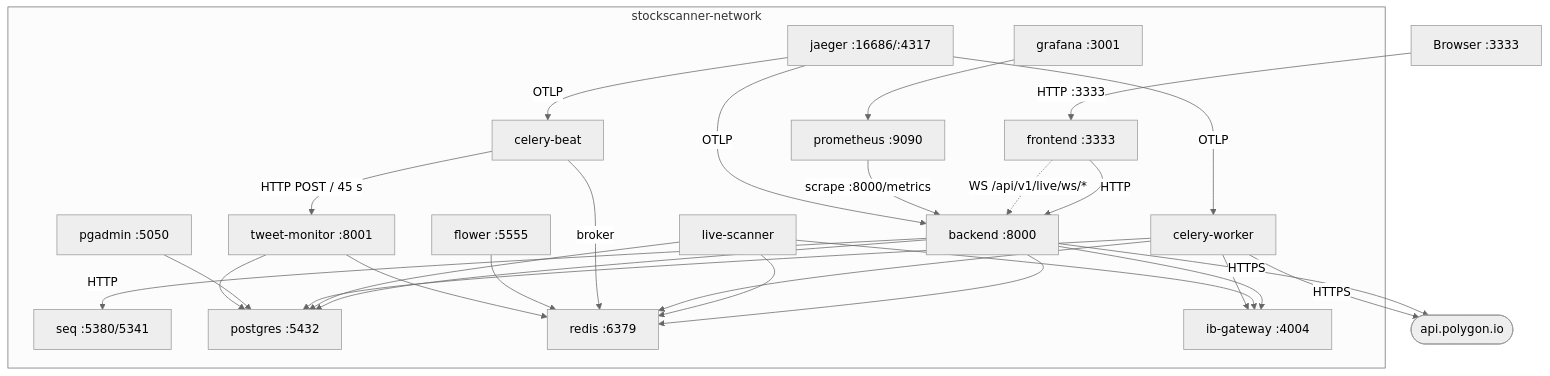
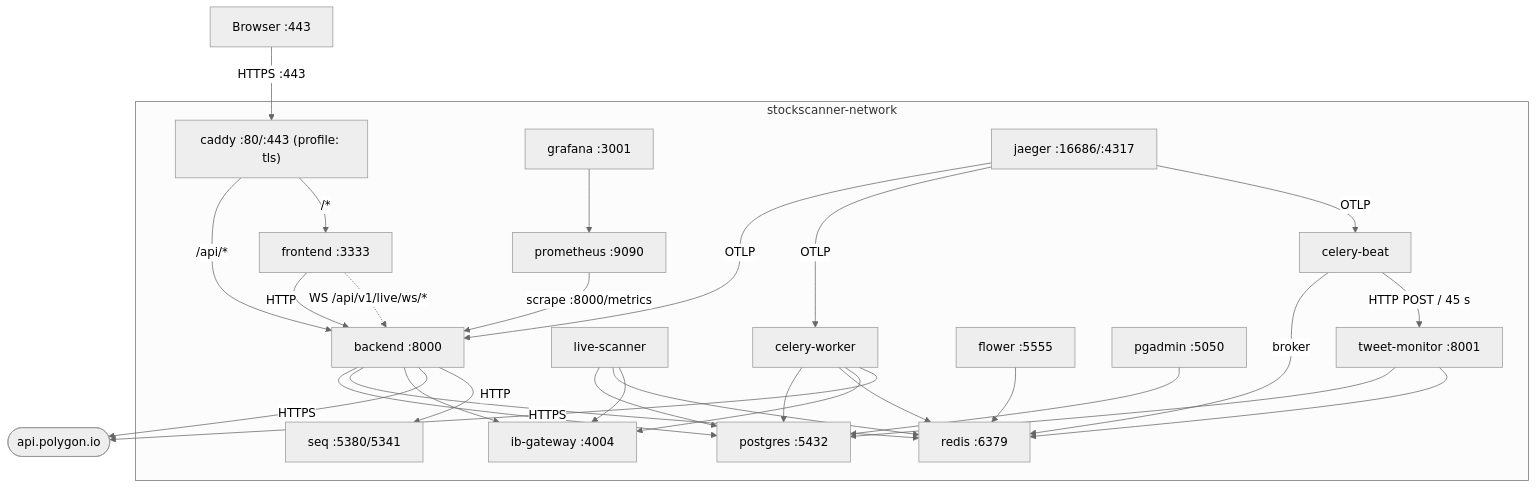
The first of 3 diagrams in ARCHITECTURE.md (omniscient/markethawk), drawn with Mermaid (neutral theme) before and after one commit.

Commit message:
docs: update architecture map for secure-cookies
Add caddy service (profile: tls) to service topology diagram in
ARCHITECTURE.md.

````diff
--- a/ARCHITECTURE.md
+++ b/ARCHITECTURE.md
@@ -7,56 +7,59 @@
 ```mermaid
 graph TD
-    Browser["Browser :3333"]
+    Browser["Browser :443"]
 
     subgraph net["stockscanner-network"]
+        caddy["caddy :80/:443 (profile: tls)"]
         frontend["frontend :3333"]
         backend["backend :8000"]
         livescanner["live-scanner"]
         celery["celery-worker"]
         beat["celery-beat"]
         flower["flower :5555"]
         pgadmin["pgadmin :5050"]
         seq["seq :5380/5341"]
         tweetmonitor["tweet-monitor :8001"]
         postgres["postgres :5432"]
         redis["redis :6379"]
         ibgw["ib-gateway :4004"]
         prometheus["prometheus :9090"]
         grafana["grafana :3001"]
         jaeger["jaeger :16686/:4317"]
     end
 
     polygon(["api.polygon.io"])
 
-    Browser -->|"HTTP :3333"| frontend
+    Browser -->|"HTTPS :443"| caddy
+    caddy -->|"/api/*"| backend
+    caddy -->|"/*"| frontend
     frontend -->|HTTP| backend
     frontend -.->|"WS /api/v1/live/ws/*"| backend
 
     backend --> postgres
     backend --> redis
     backend --> ibgw
     backend -->|HTTPS| polygon
     backend -->|HTTP| seq
 
     livescanner --> postgres
     livescanner --> redis
     livescanner --> ibgw
 
     celery --> postgres
     celery --> redis
     celery --> ibgw
     celery -->|HTTPS| polygon
 
     beat -->|broker| redis
     beat -->|"HTTP POST / 45 s"| tweetmonitor
     flower --> redis
     pgadmin --> postgres
     tweetmonitor --> postgres
     tweetmonitor --> redis
 
     prometheus -->|"scrape :8000/metrics"| backend
     grafana --> prometheus
     jaeger -->|OTLP| backend
     jaeger -->|OTLP| celery
     jaeger -->|OTLP| beat
 ```
````
